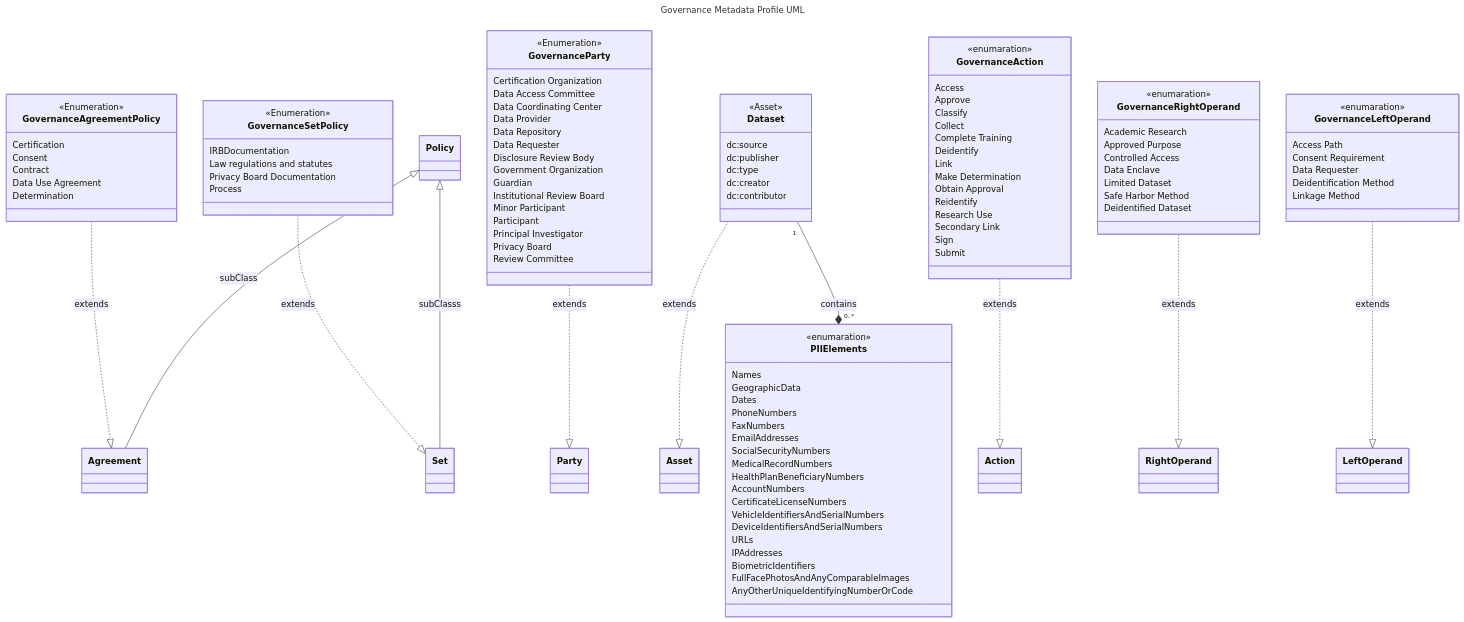
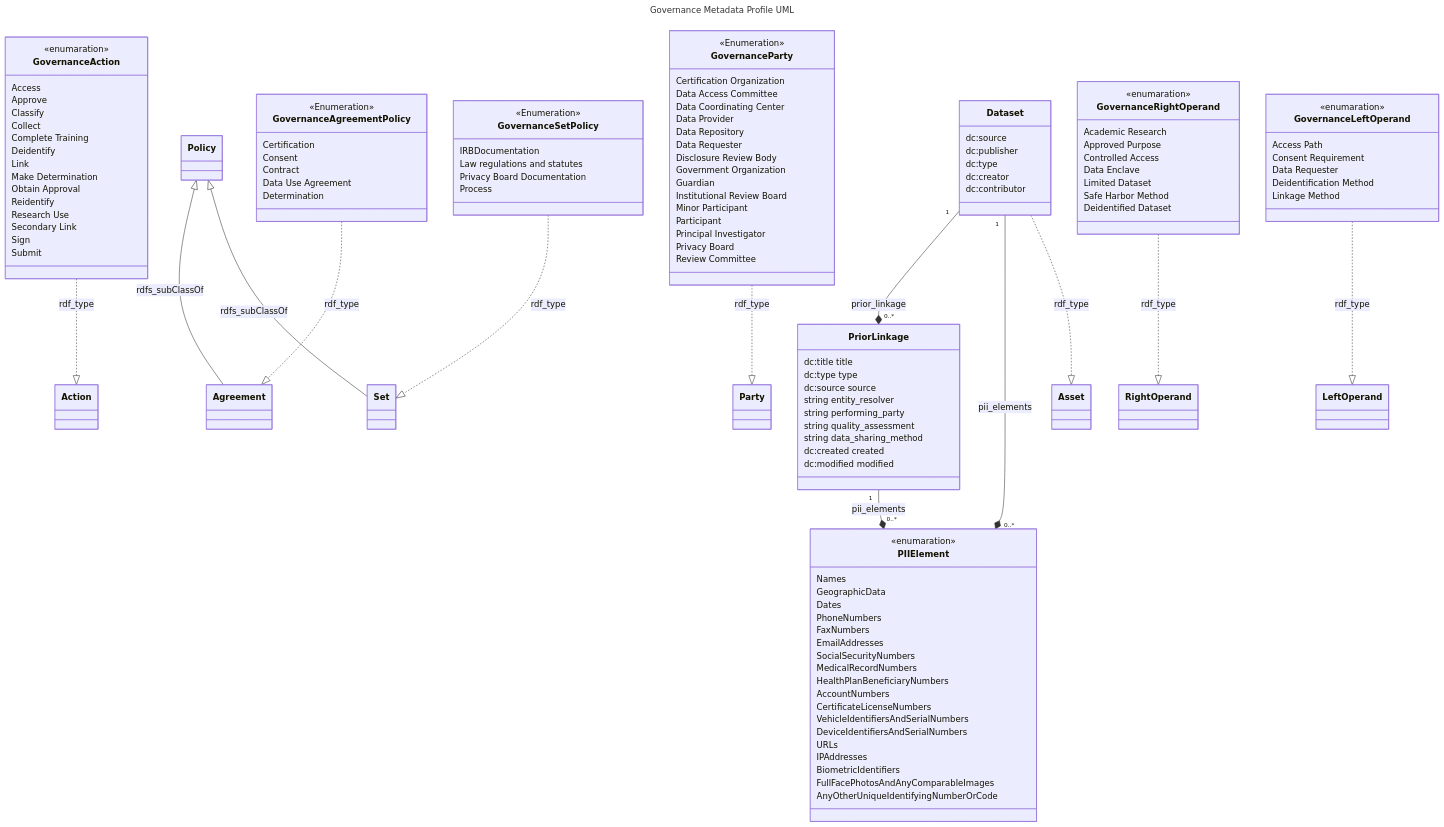
The third of 4 diagrams in MetadataSchema/README.md (NIH-NICHD/Data-Linkage-Governance), drawn with Mermaid before and after one commit. The commit also changed other lines of this file, not shown here.

Commit message:
updates to the schema to align with data dictionary

````diff
--- a/MetadataSchema/README.md
+++ b/MetadataSchema/README.md
@@ -303,7 +303,6 @@
     }
 
     class Dataset {
-        <<Asset>>
         dc:source
         dc:publisher
         dc:type
@@ -349,7 +348,7 @@
         Linkage Method
     }
 
-    class PIIElements {
+    class PIIElement {
         <<enumaration>>
         Names
         GeographicData
@@ -370,18 +369,33 @@
         FullFacePhotosAndAnyComparableImages
         AnyOtherUniqueIdentifyingNumberOrCode
     }
+
+    class PriorLinkage {
+        dc:title title
+        dc:type type
+        dc:source source
+        string entity_resolver
+        string performing_party
+        string quality_assessment
+        string data_sharing_method
+        dc:created created
+        dc:modified modified
+    }
+    
 %%}
 
 %% ODRL profile relations
-GovernanceAction ..|> Action : extends
-GovernanceAgreementPolicy ..|> Agreement : extends
-GovernanceSetPolicy ..|> Set : extends
-Policy <|-- Set : subClasss
-Policy <|-- Agreement : subClass
-GovernanceParty ..|> Party : extends
-GovernanceRightOperand ..|> RightOperand : extends
-GovernanceLeftOperand ..|> LeftOperand : extends
-Dataset ..|> Asset : extends
-Dataset "1" --* "0..*" PIIElements : contains
+GovernanceAction ..|> Action : rdf_type
+GovernanceAgreementPolicy ..|> Agreement : rdf_type
+GovernanceSetPolicy ..|> Set : rdf_type
+Policy <|-- Set : rdfs_subClassOf
+Policy <|-- Agreement : rdfs_subClassOf
+GovernanceParty ..|> Party : rdf_type
+GovernanceRightOperand ..|> RightOperand : rdf_type
+GovernanceLeftOperand ..|> LeftOperand : rdf_type
+Dataset ..|> Asset : rdf_type
+Dataset "1" --* "0..*" PIIElement : pii_elements
+Dataset "1" --* "0..*" PriorLinkage : prior_linkage
+PriorLinkage "1" --* "0..*" PIIElement : pii_elements
 
 ```
````
